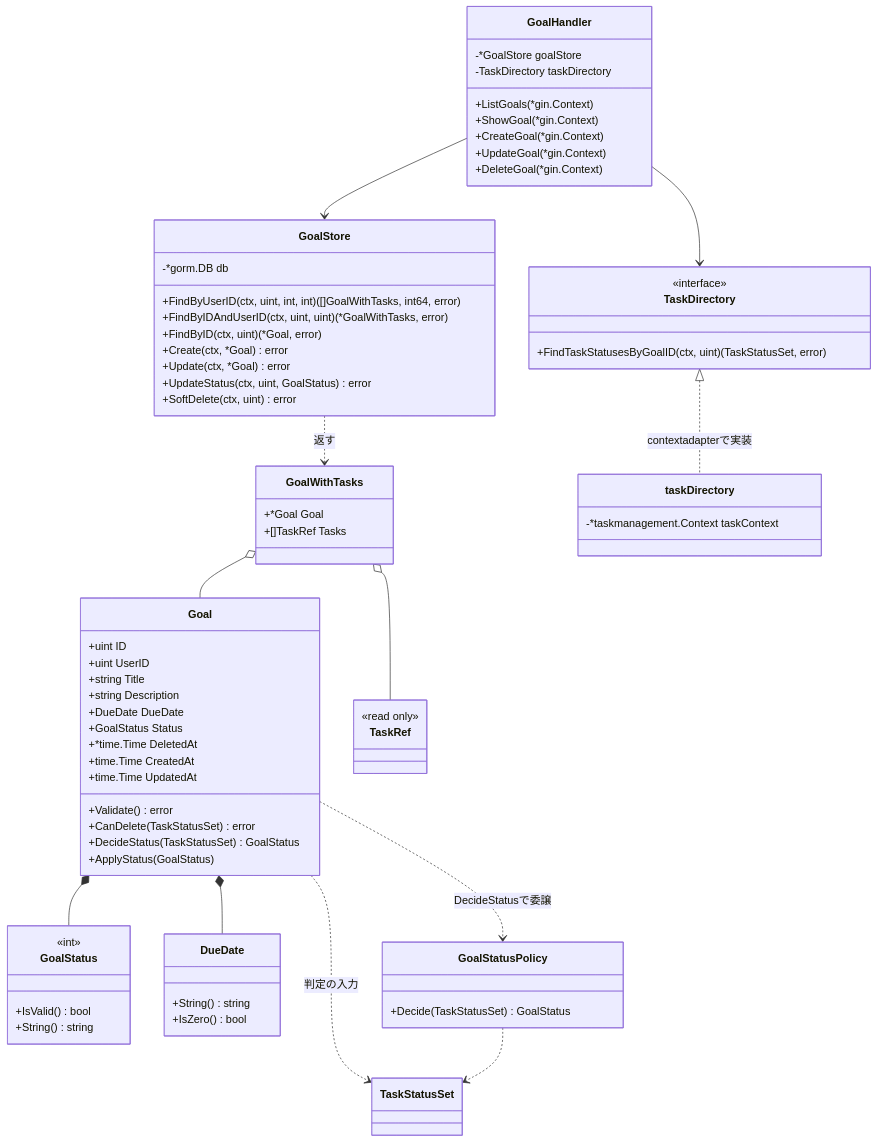
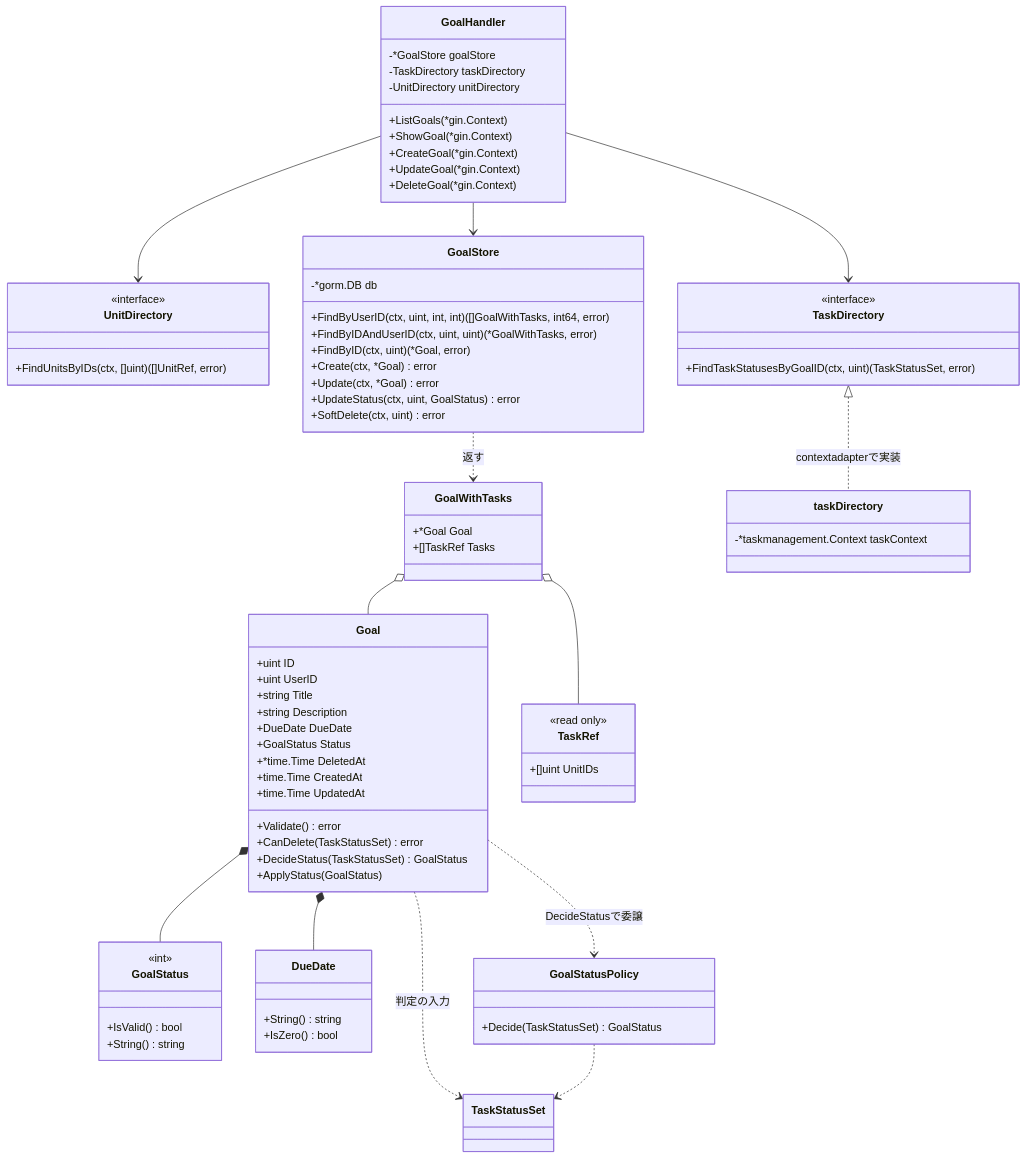
Before and after one commit to yuta20253/edu-platform-go-design: the first of 7 diagrams in 計画書/Go実装仕様書/目標管理機能_Go実装仕様書.md, drawn with Mermaid. The commit also changed other lines of this file and 21 other files, not shown here.

````diff
--- a/計画書/Go実装仕様書/目標管理機能_Go実装仕様書.md
+++ b/計画書/Go実装仕様書/目標管理機能_Go実装仕様書.md
@@ -230,6 +231,11 @@
     }
     class TaskRef {
         <<read only>>
+        +[]uint UnitIDs
+    }
+    class UnitDirectory {
+        <<interface>>
+        +FindUnitsByIDs(ctx, []uint) ([]UnitRef, error)
     }
     class GoalStatusPolicy {
         +Decide(TaskStatusSet) GoalStatus
@@ -255,6 +261,7 @@
     class GoalHandler {
         -*GoalStore goalStore
         -TaskDirectory taskDirectory
+        -UnitDirectory unitDirectory
         +ListGoals(*gin.Context)
         +ShowGoal(*gin.Context)
         +CreateGoal(*gin.Context)
@@ -272,5 +279,6 @@
     GoalStore ..> GoalWithTasks : 返す
     GoalHandler --> GoalStore
     GoalHandler --> TaskDirectory
+    GoalHandler --> UnitDirectory
     TaskDirectory <|.. taskDirectory : contextadapterで実装
 ```
````
